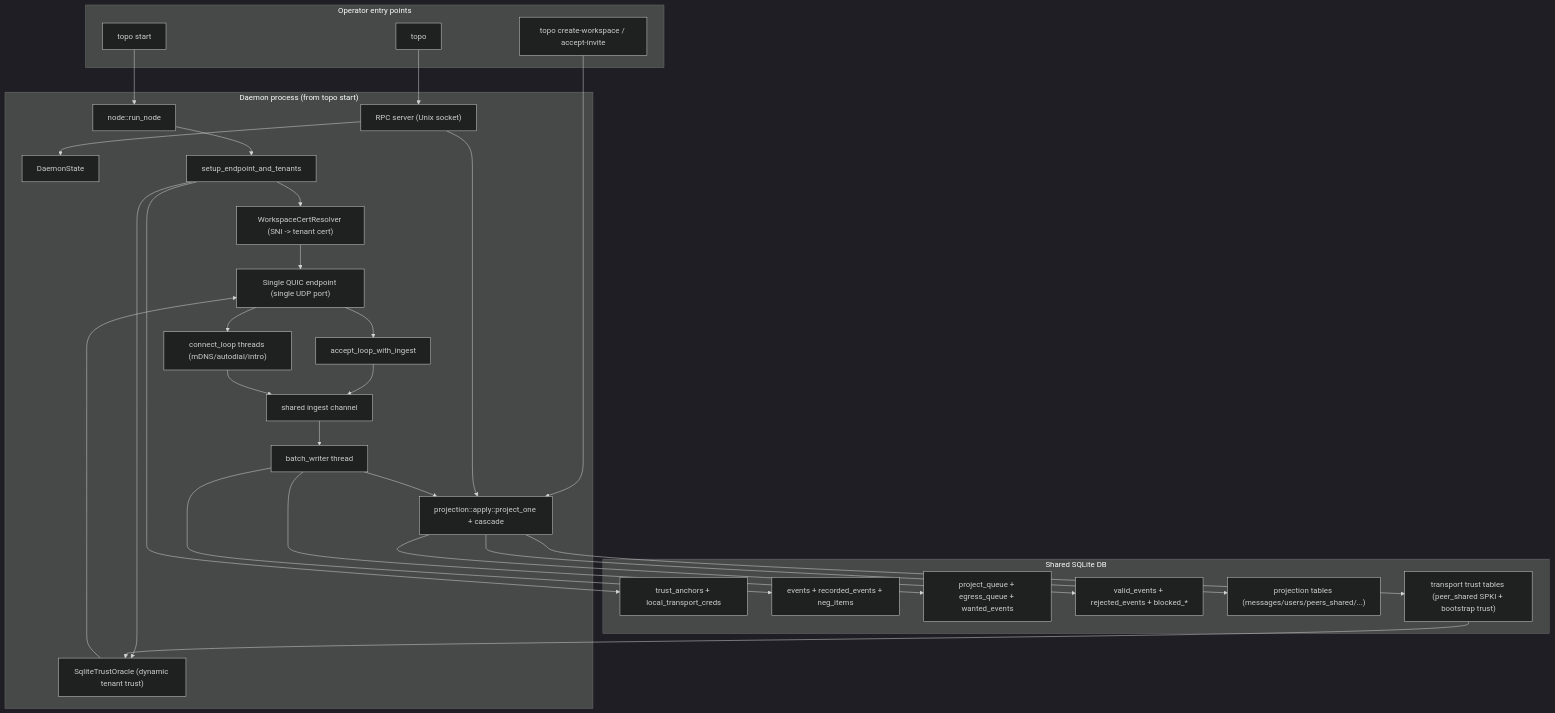
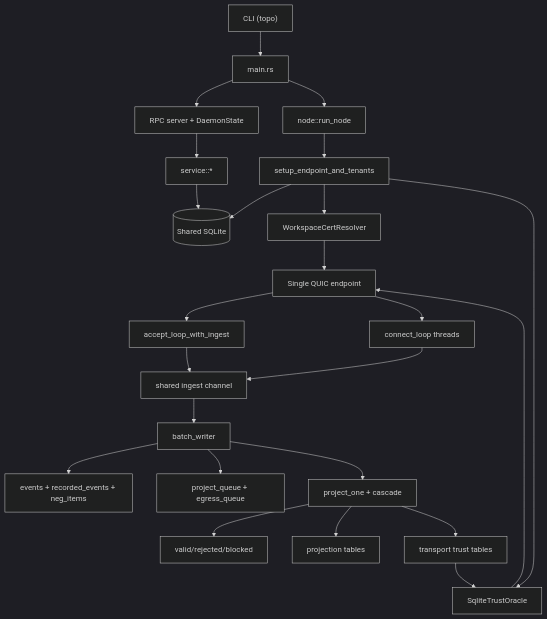
Before and after one commit to holmesworcester/topo: the first of 3 diagrams in docs/CURRENT_RUNTIME_DIAGRAM.md, drawn with Mermaid (dark theme). The commit also changed other lines of this file, not shown here.

Commit message:
Compact runtime diagrams for one-screen viewing

````diff
--- a/docs/CURRENT_RUNTIME_DIAGRAM.md
+++ b/docs/CURRENT_RUNTIME_DIAGRAM.md
@@ -8,61 +8,31 @@
 ```mermaid
-flowchart TB
-    subgraph CLI["Operator entry points"]
-        U1["topo start"]
-        U2["topo <daemon command>"]
-        U3["topo create-workspace / accept-invite"]
-    end
+flowchart TD
+    CLI["CLI (topo)"] --> MAIN["main.rs"]
+    MAIN --> RPC["RPC server + DaemonState"]
+    MAIN --> NODE["node::run_node"]
 
-    subgraph DAEMON["Daemon process (from topo start)"]
-        RPC["RPC server (Unix socket)"]
-        DS["DaemonState"]
-        NODE["node::run_node"]
-        STARTUP["setup_endpoint_and_tenants"]
-        EP["Single QUIC endpoint (single UDP port)"]
-        CERT["WorkspaceCertResolver (SNI -> tenant cert)"]
-        TRUST["SqliteTrustOracle (dynamic tenant trust)"]
-        ACCEPT["accept_loop_with_ingest"]
-        CONNECT["connect_loop threads (mDNS/autodial/intro)"]
-        INGEST["shared ingest channel"]
-        WRITER["batch_writer thread"]
-        PROJECT["projection::apply::project_one + cascade"]
-    end
+    RPC --> SVC["service::*"]
+    SVC --> DB[(Shared SQLite)]
 
-    subgraph DB["Shared SQLite DB"]
-        TDISC["trust_anchors + local_transport_creds"]
-        TEVENTS["events + recorded_events + neg_items"]
-        TQUEUE["project_queue + egress_queue + wanted_events"]
-        TSTATE["valid_events + rejected_events + blocked_*"]
-        TPROJ["projection tables (messages/users/peers_shared/...)"]
-        TTRUST["transport trust tables (peer_shared SPKI + bootstrap trust)"]
-    end
-
-    U1 --> NODE
-    U2 --> RPC
-    U3 --> PROJECT
-
-    RPC --> DS
-    RPC --> PROJECT
-
-    NODE --> STARTUP
-    STARTUP --> TDISC
-    STARTUP --> CERT
-    STARTUP --> TRUST
-    CERT --> EP
+    NODE --> START["setup_endpoint_and_tenants"]
+    START --> DB
+    START --> CERT["WorkspaceCertResolver"]
+    START --> TRUST["SqliteTrustOracle"]
+    CERT --> EP["Single QUIC endpoint"]
     TRUST --> EP
 
-    EP --> ACCEPT
-    EP --> CONNECT
-    ACCEPT --> INGEST
+    EP --> ACCEPT["accept_loop_with_ingest"]
+    EP --> CONNECT["connect_loop threads"]
+    ACCEPT --> INGEST["shared ingest channel"]
     CONNECT --> INGEST
-    INGEST --> WRITER
+    INGEST --> WRITER["batch_writer"]
 
-    WRITER --> TEVENTS
-    WRITER --> TQUEUE
-    WRITER --> PROJECT
+    WRITER --> E1["events + recorded_events + neg_items"]
+    WRITER --> E2["project_queue + egress_queue"]
+    WRITER --> PROJ["project_one + cascade"]
 
-    PROJECT --> TSTATE
-    PROJECT --> TPROJ
-    PROJECT --> TTRUST
-    TTRUST --> TRUST
+    PROJ --> P1["valid/rejected/blocked"]
+    PROJ --> P2["projection tables"]
+    PROJ --> P3["transport trust tables"]
+    P3 --> TRUST
 ```
````
